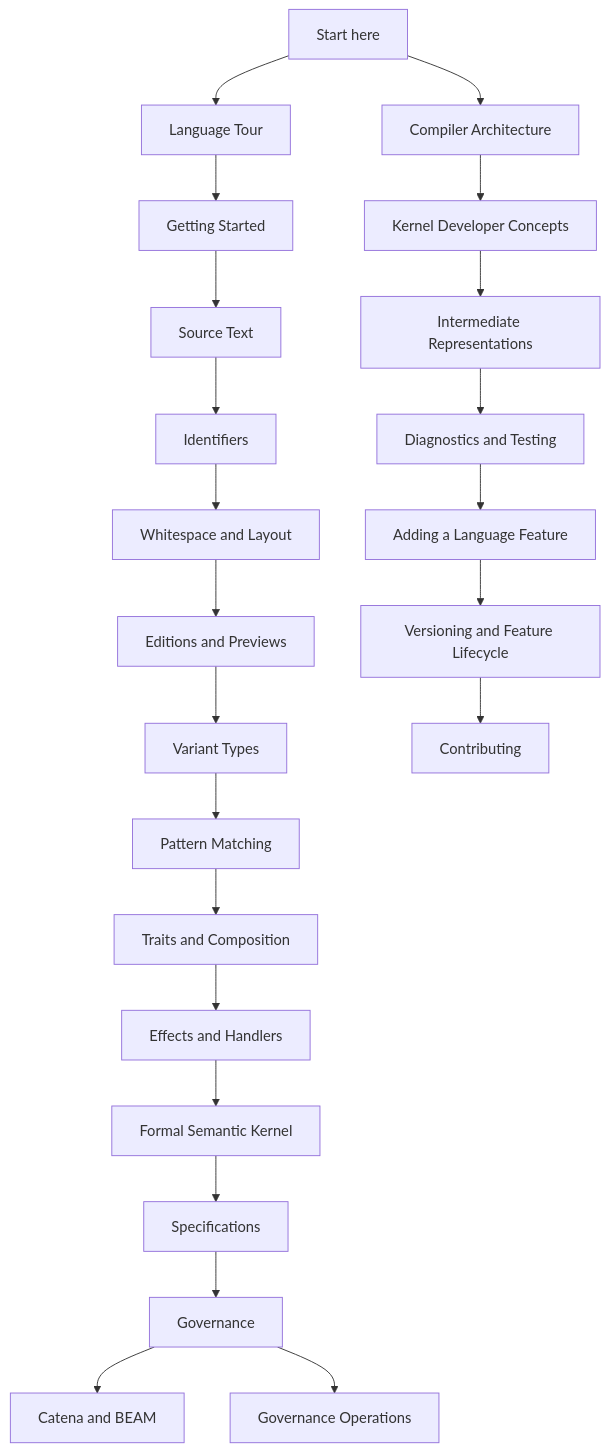
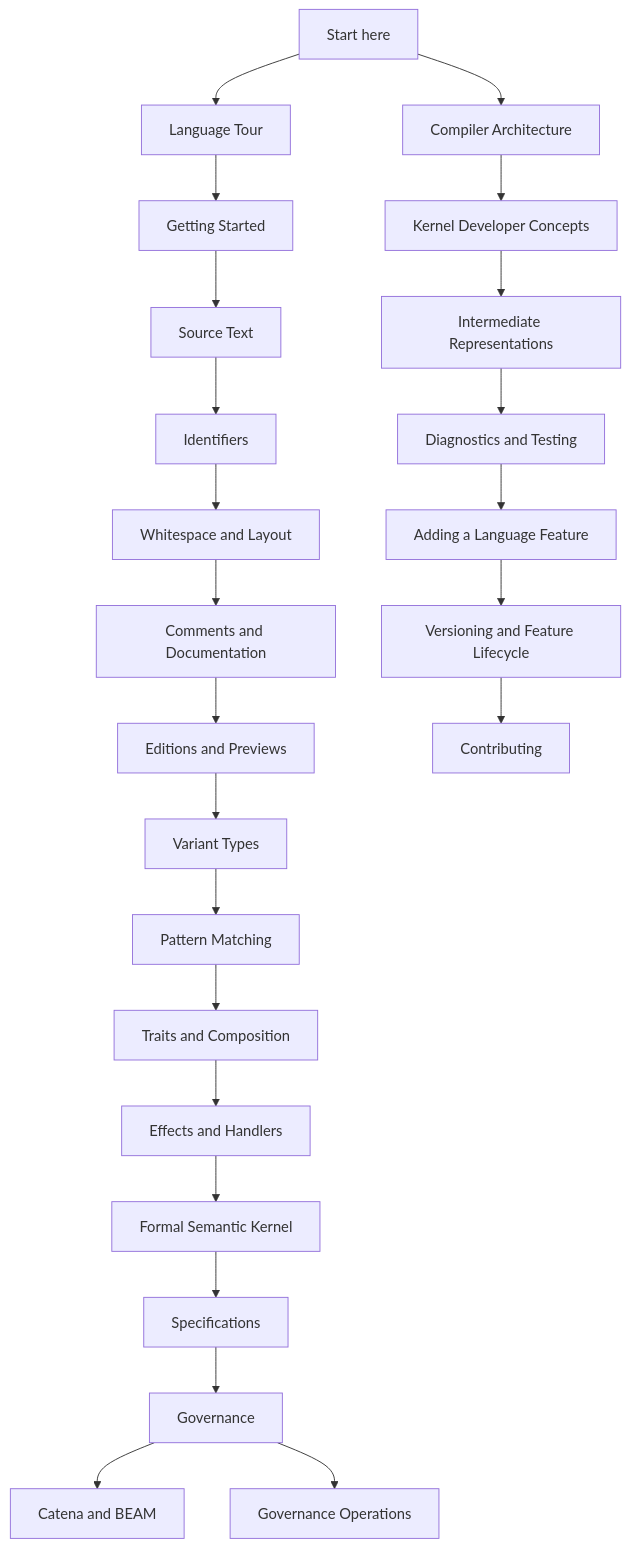
The diagram in guides/README.md (pcharbon70/catena), drawn with Mermaid before and after one commit. The commit also changed other lines of this file and 24 other files, not shown here.

Commit message:
Implement comments and documentation comments

````diff
--- a/guides/README.md
+++ b/guides/README.md
@@ -24,27 +25,28 @@
 ```mermaid
 flowchart TD
     Start[Start here] --> Tour[Language Tour]
     Tour --> First[Getting Started]
     First --> Text[Source Text]
     Text --> Names[Identifiers]
     Names --> Layout[Whitespace and Layout]
-    Layout --> Editions[Editions and Previews]
+    Layout --> Comments[Comments and Documentation]
+    Comments --> Editions[Editions and Previews]
     Editions --> Data[Variant Types]
     Data --> Match[Pattern Matching]
     Match --> Traits[Traits and Composition]
     Traits --> Effects[Effects and Handlers]
     Effects --> Kernel[Formal Semantic Kernel]
     Kernel --> Specs[Specifications]
     Specs --> Gov[Governance]
     Gov --> Beam[Catena and BEAM]
 
     Gov --> Ops[Governance Operations]
 
     Start --> Dev[Compiler Architecture]
     Dev --> Concepts[Kernel Developer Concepts]
     Concepts --> IR[Intermediate Representations]
     IR --> Tests[Diagnostics and Testing]
     Tests --> Feature[Adding a Language Feature]
     Feature --> Lifecycle[Versioning and Feature Lifecycle]
     Lifecycle --> Contrib[Contributing]
 ```
````
